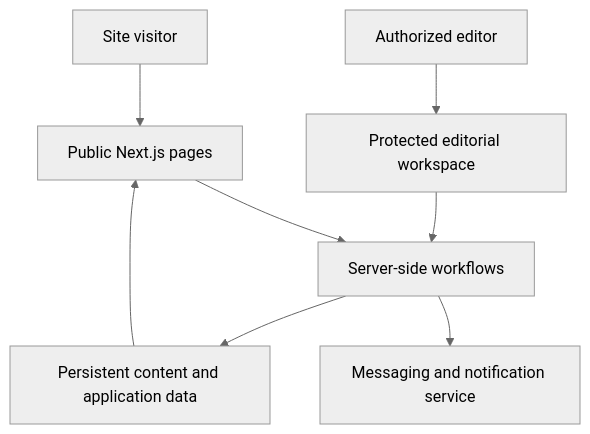
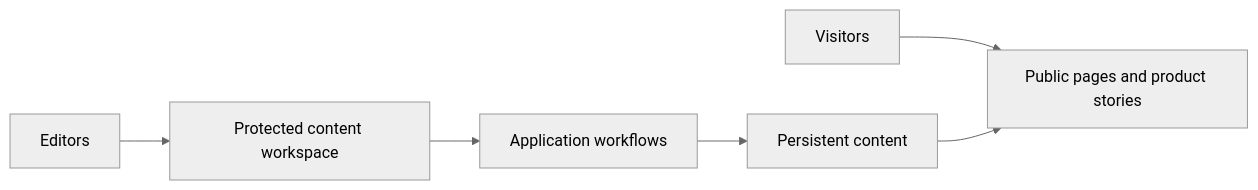
Before and after one commit to Abi0l9/Abi0l9: the diagram in portfolio/case-studies/technology-studio.md, drawn with Mermaid (neutral theme). The commit also changed other lines of this file, not shown here.

Commit message:
docs(case-study): publish product-named professional copy and clear engineering story

````diff
--- a/portfolio/case-studies/technology-studio.md
+++ b/portfolio/case-studies/technology-studio.md
@@ -22,10 +21,8 @@
 ```mermaid
-flowchart TD
-  A["Site visitor"] --> B["Public Next.js pages"]
-  C["Authorized editor"] --> D["Protected editorial workspace"]
-  D --> E["Server-side workflows"]
-  B --> E
-  E --> F["Persistent content and application data"]
-  E --> G["Messaging and notification service"]
-  F --> B
+flowchart LR
+  V["Visitors"] --> P["Public pages and product stories"]
+  E["Editors"] --> W["Protected content workspace"]
+  W --> S["Application workflows"]
+  S --> D["Persistent content"]
+  D --> P
 ```
````
